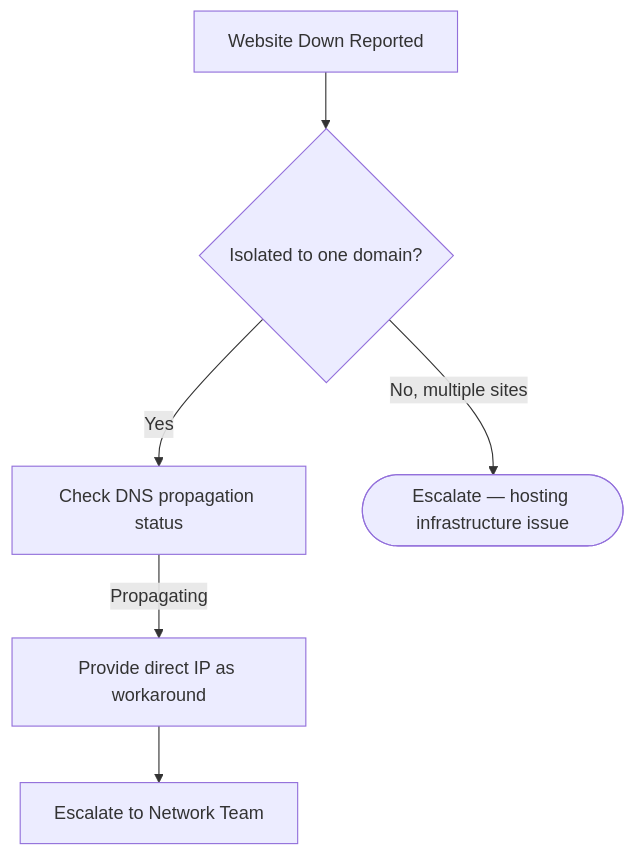
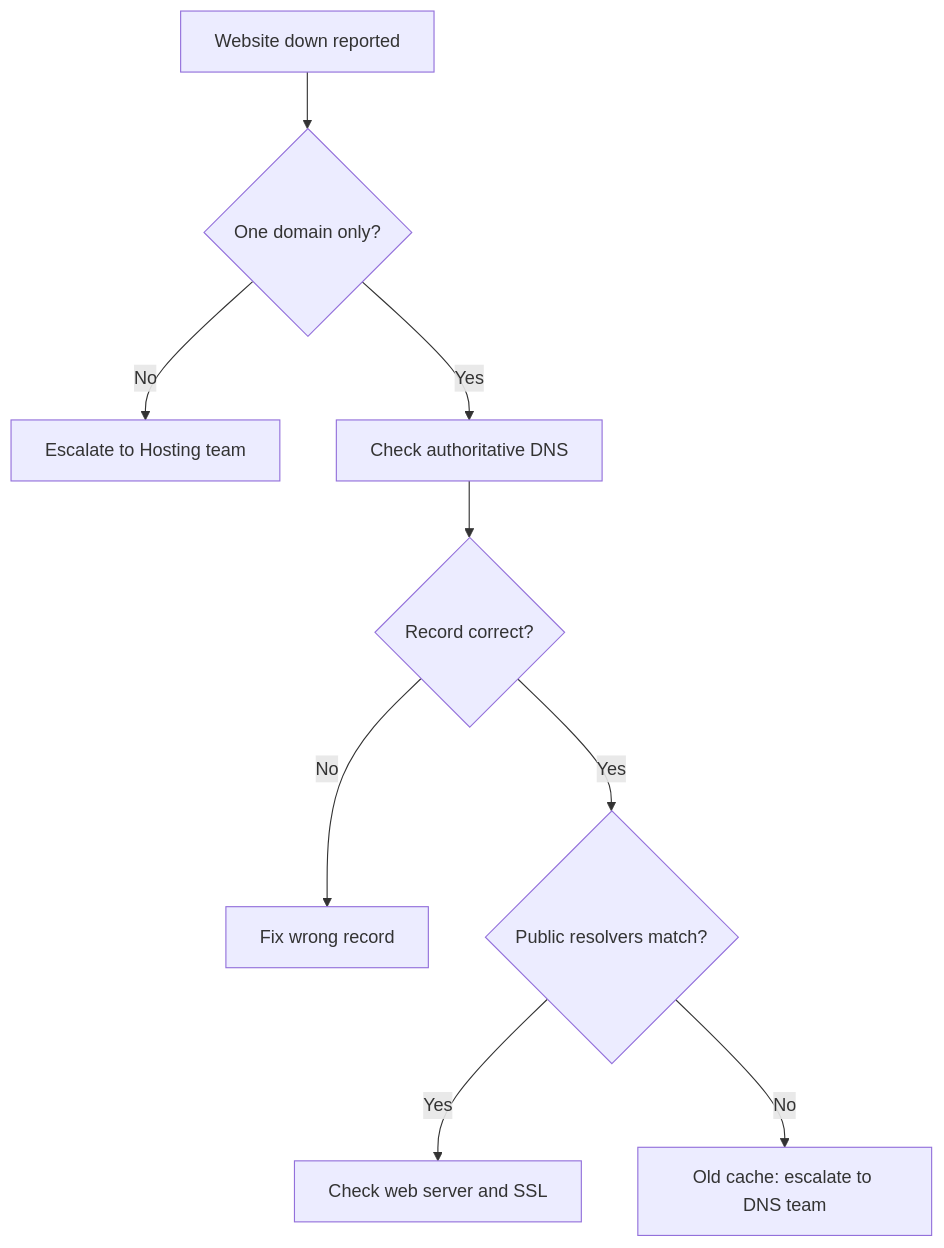
One commit to malaika-azhar/Customer-Tech-Support-Portfolio changed the diagram in 05-Escalation-scripts/05.1-Website-Down.md. Above: the diagram before and after it, drawn with Mermaid. The commit also changed other lines of this file, not shown here.

````diff
--- a/05-Escalation-scripts/05.1-Website-Down.md
+++ b/05-Escalation-scripts/05.1-Website-Down.md
@@ -16,8 +111,11 @@
 ```mermaid
 flowchart TD
-    A[Website Down Reported] --> B{Isolated to one domain?}
-    B -->|Yes| C[Check DNS propagation status]
-    C -->|Propagating| D[Provide direct IP as workaround]
-    D --> E[Escalate to Network Team]
-    B -->|No, multiple sites| F([Escalate — hosting infrastructure issue])
+    A[Website down reported] --> B{One domain only?}
+    B -->|No| C[Escalate to Hosting team]
+    B -->|Yes| D[Check authoritative DNS]
+    D --> E{Record correct?}
+    E -->|No| F[Fix wrong record]
+    E -->|Yes| G{Public resolvers match?}
+    G -->|Yes| H[Check web server and SSL]
+    G -->|No| I[Old cache: escalate to DNS team]
 ```
````
